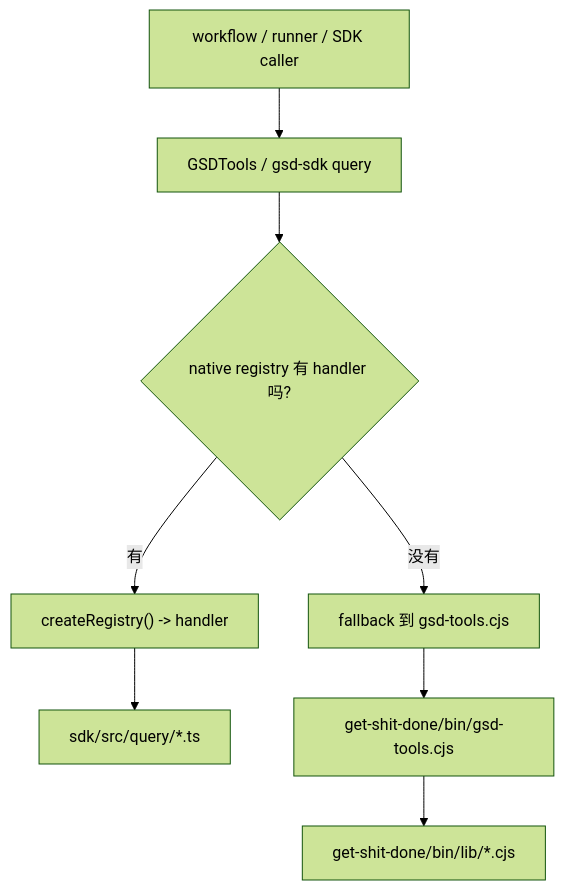
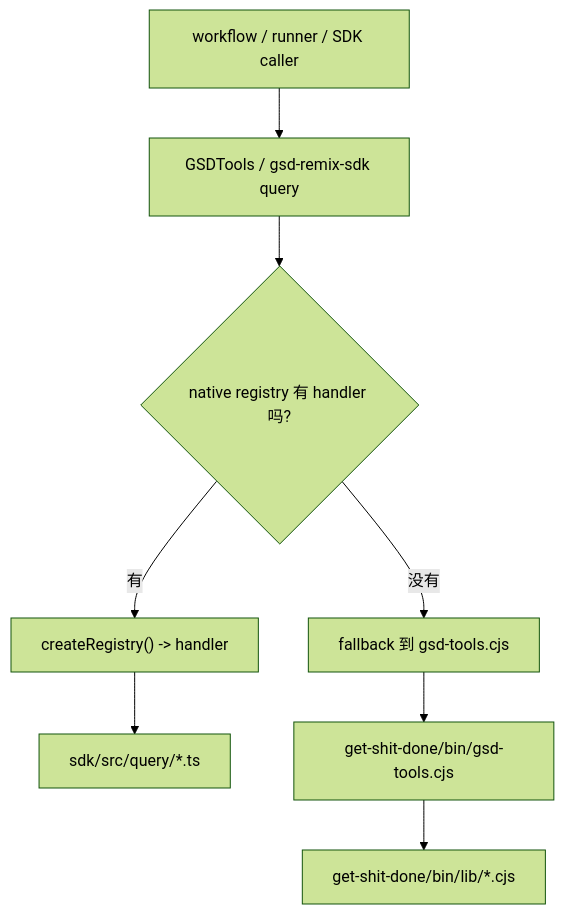
One commit to Wynne-cwb/gsd-remix changed the first of 6 diagrams in guide/09-query-registry-and-cjs-bridge.md. Above: the diagram before and after it, drawn with Mermaid (forest theme). The commit also changed other lines of this file and 177 other files, not shown here.

Commit message:
feat: isolate remix sdk namespace

````diff
--- a/guide/09-query-registry-and-cjs-bridge.md
+++ b/guide/09-query-registry-and-cjs-bridge.md
@@ -40,10 +40,10 @@
 ```mermaid
 flowchart TD
-    A["workflow / runner / SDK caller"] --> B["GSDTools / gsd-sdk query"]
+    A["workflow / runner / SDK caller"] --> B["GSDTools / gsd-remix-sdk query"]
     B --> C{"native registry 有 handler 吗?"}
     C -->|有| D["createRegistry() -> handler"]
     C -->|没有| E["fallback 到 gsd-tools.cjs"]
     D --> F["sdk/src/query/*.ts"]
     E --> G["get-shit-done/bin/gsd-tools.cjs"]
     G --> H["get-shit-done/bin/lib/*.cjs"]
 ```
````
